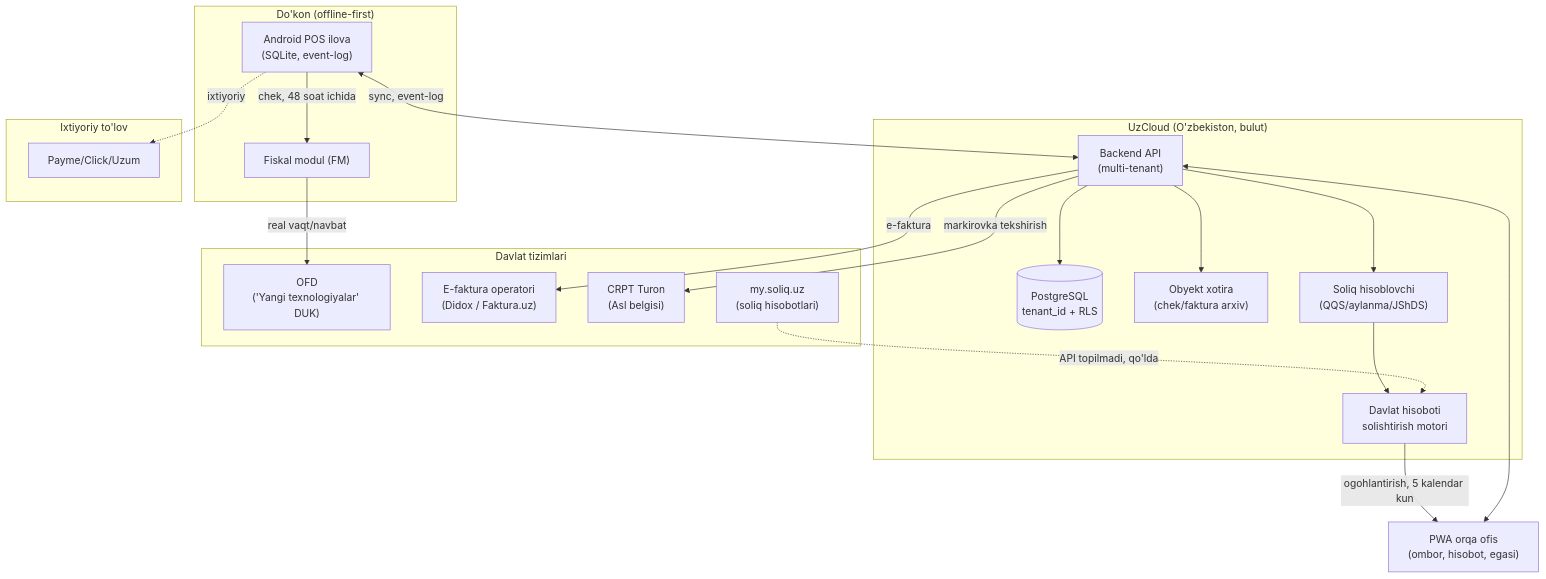
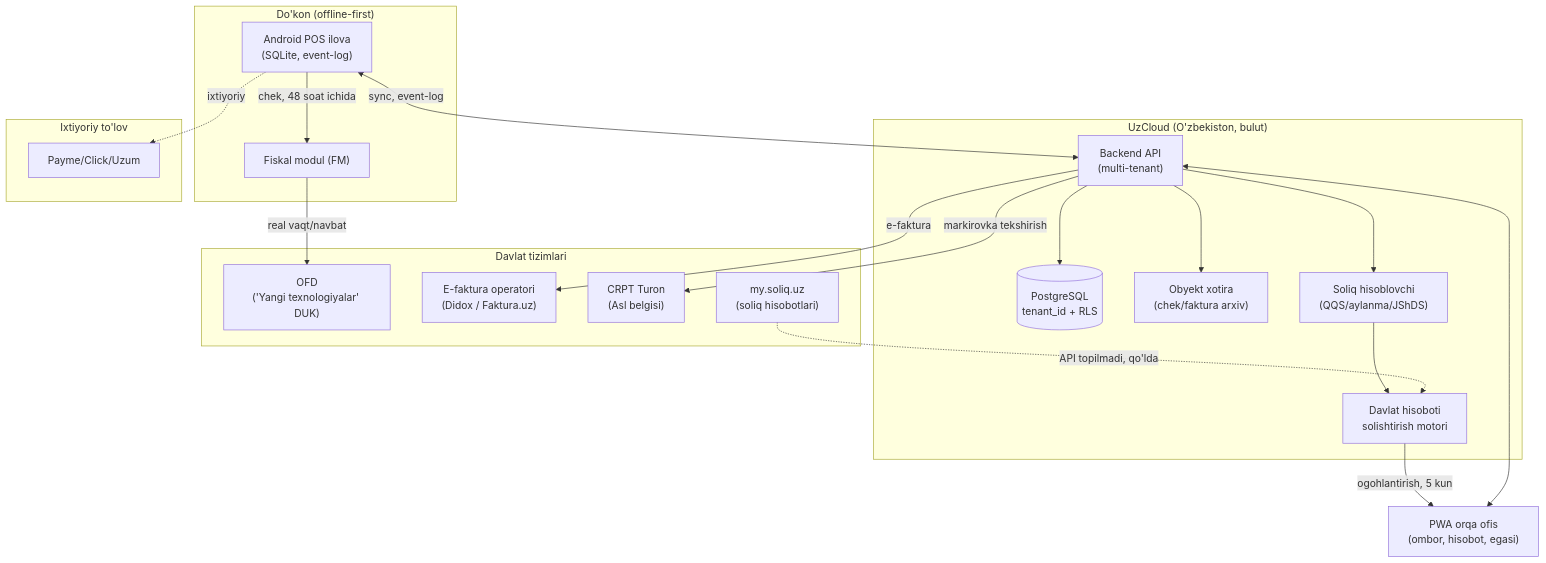
The second of 2 diagrams in research_notes/texnik/04-arxitektura-va-stack.md (hasanoff507/erp), drawn with Mermaid before and after one commit. The commit also changed other lines of this file and 2787 other files, not shown here.

````diff
--- a/research_notes/texnik/04-arxitektura-va-stack.md
+++ b/research_notes/texnik/04-arxitektura-va-stack.md
@@ -150,42 +150,42 @@
 ```mermaid
 flowchart TB
     subgraph Do_kon["Do'kon (offline-first)"]
         POS["Android POS ilova\n(SQLite, event-log)"]
         FM["Fiskal modul (FM)"]
     end
 
     subgraph Bulut["UzCloud (O'zbekiston, bulut)"]
         API["Backend API\n(multi-tenant)"]
         DB[("PostgreSQL\ntenant_id + RLS")]
         S3["Obyekt xotira\n(chek/faktura arxiv)"]
         Ledger["Soliq hisoblovchi\n(QQS/aylanma/JShDS)"]
         Diff["Davlat hisoboti\nsolishtirish motori"]
     end
 
     subgraph Davlat["Davlat tizimlari"]
         OFD["OFD\n('Yangi texnologiyalar' DUK)"]
         EDO["E-faktura operatori\n(Didox / Faktura.uz)"]
         CRPT["CRPT Turon\n(Asl belgisi)"]
         MySoliq["my.soliq.uz\n(soliq hisobotlari)"]
     end
 
     subgraph Tashqi["Ixtiyoriy to'lov"]
         Payme/Click/Uzum
     end
 
     BackOffice["PWA orqa ofis\n(ombor, hisobot, egasi)"]
 
     POS -->|chek, 48 soat ichida| FM
     FM -->|real vaqt/navbat| OFD
     POS <-->|sync, event-log| API
     API --> DB
     API --> S3
     API --> Ledger
     API -->|e-faktura| EDO
     API -->|markirovka tekshirish| CRPT
     Ledger --> Diff
     MySoliq -.->|API topilmadi, qo'lda| Diff
-    Diff -->|ogohlantirish, 5 kalendar kun| BackOffice
+    Diff -->|ogohlantirish, 5 kun| BackOffice
     BackOffice <--> API
     POS -.->|ixtiyoriy| Payme/Click/Uzum
 ```
````
